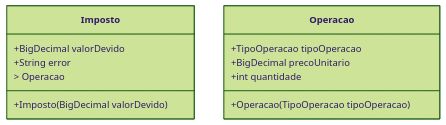
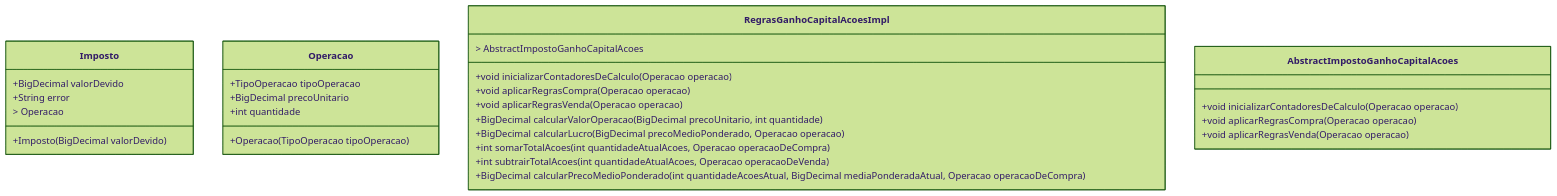
The first of 2 diagrams in README.md (BrunnoQ/calculator), drawn with Mermaid (forest theme) before and after one commit.

Commit message:
feat: Refactor calculation logic in RegrasGanhoCapitalAcoesImpl

````diff
--- a/README.md
+++ b/README.md
@@ -40,15 +40,31 @@
 ```mermaid
 classDiagram
     class Imposto {
         +BigDecimal valorDevido
         +String error
         +Imposto(BigDecimal valorDevido)
     }
     class Operacao {
         +TipoOperacao tipoOperacao
         +BigDecimal precoUnitario
         +int quantidade
         +Operacao(TipoOperacao tipoOperacao)
     }
+    class RegrasGanhoCapitalAcoesImpl {
+        +void inicializarContadoresDeCalculo(Operacao operacao)
+        +void aplicarRegrasCompra(Operacao operacao)
+        +void aplicarRegrasVenda(Operacao operacao)
+        +BigDecimal calcularValorOperacao(BigDecimal precoUnitario, int quantidade)
+        +BigDecimal calcularLucro(BigDecimal precoMedioPonderado, Operacao operacao)
+        +int somarTotalAcoes(int quantidadeAtualAcoes, Operacao operacaoDeCompra)
+        +int subtrairTotalAcoes(int quantidadeAtualAcoes, Operacao operacaoDeVenda)
+        +BigDecimal calcularPrecoMedioPonderado(int quantidadeAcoesAtual, BigDecimal mediaPonderadaAtual, Operacao operacaoDeCompra)
+    }
+    class AbstractImpostoGanhoCapitalAcoes {
+        +void inicializarContadoresDeCalculo(Operacao operacao)
+        +void aplicarRegrasCompra(Operacao operacao)
+        +void aplicarRegrasVenda(Operacao operacao)
+    }
     Imposto :> Operacao
+    RegrasGanhoCapitalAcoesImpl :> AbstractImpostoGanhoCapitalAcoes
 ```
````
